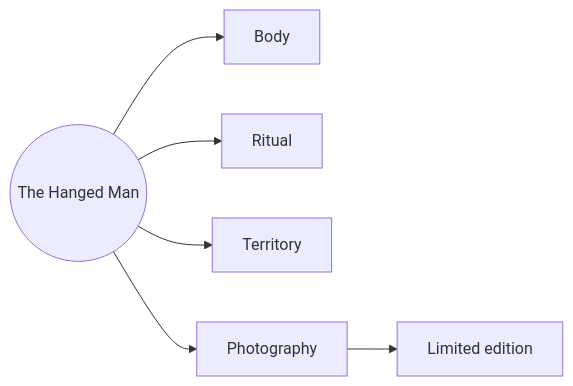
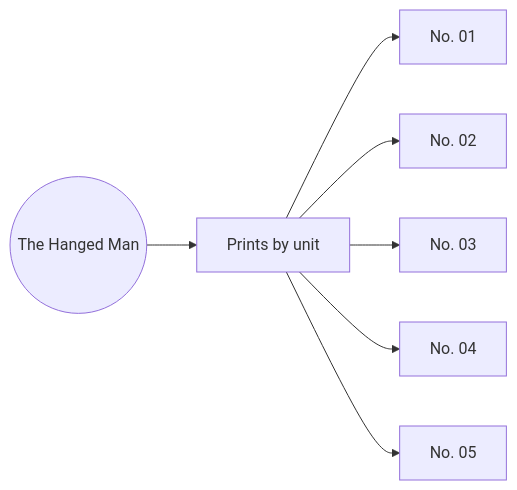
The diagram in EN/the-hanged-man-series.md (EGGS-Artesvisuales/EGGS-Artesvisuales.github.io), drawn with Mermaid before and after one commit. The commit also changed other lines of this file, not shown here.

Commit message:
Adjust EN Hanged Man landing to unit print sales

```diff
--- a/EN/the-hanged-man-series.md
+++ b/EN/the-hanged-man-series.md
@@ -33,8 +33,9 @@
 <div class="mermaid">
 flowchart LR
-  A((The Hanged Man)) --> B[Body]
-  A --> R[Ritual]
-  A --> T[Territory]
-  A --> P[Photography]
-  P --> E[Limited edition]
+  A((The Hanged Man)) --> U[Prints by unit]
+  U --> N1[No. 01]
+  U --> N2[No. 02]
+  U --> N3[No. 03]
+  U --> N4[No. 04]
+  U --> N5[No. 05]
 </div>
```
